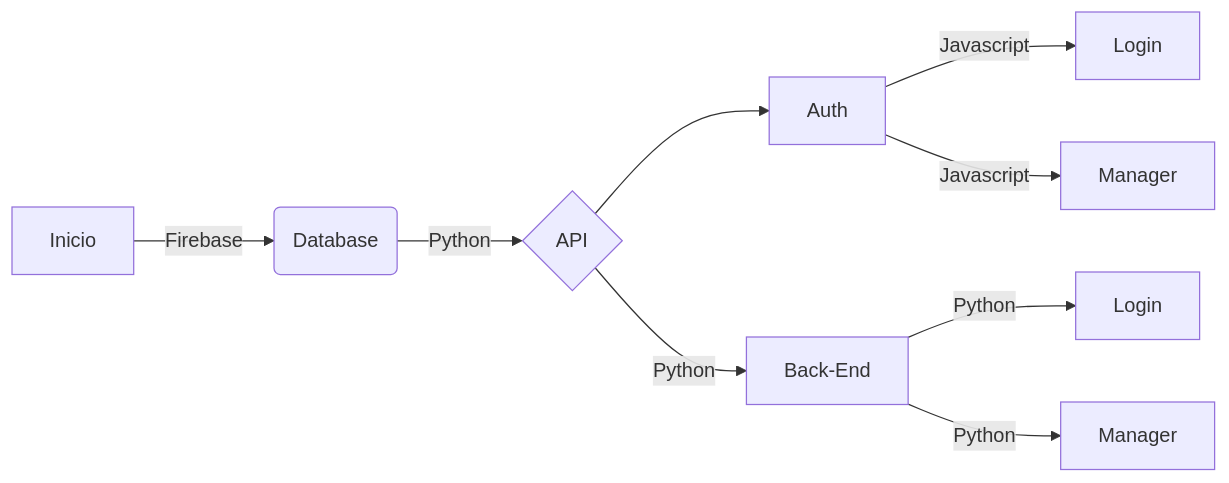
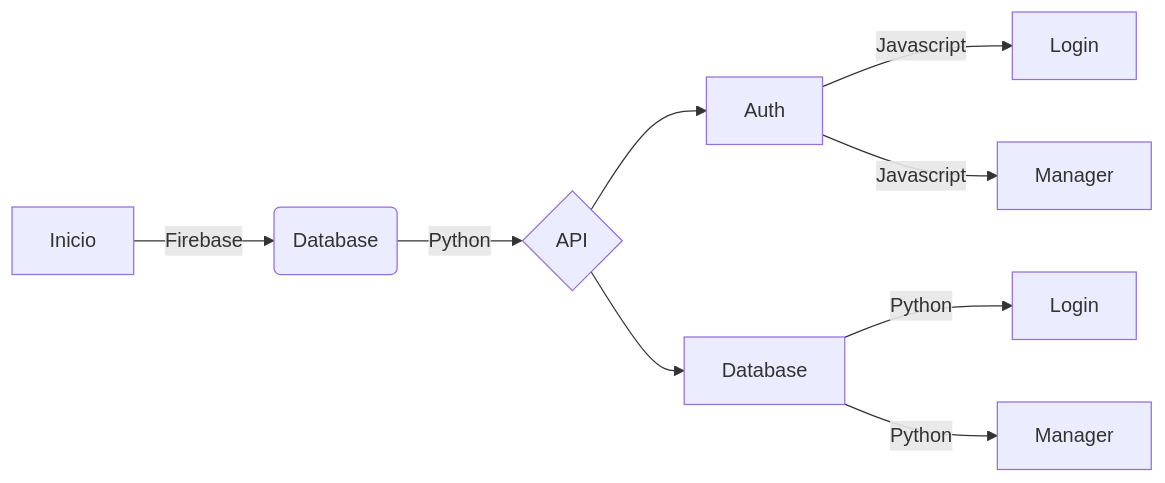
One commit to SauloCandeira/pattern-firebase changed the diagram in readme.md. Above: the diagram before and after it, drawn with Mermaid.

````diff
--- a/readme.md
+++ b/readme.md
@@ -13,11 +13,11 @@
 ```mermaid
 flowchart LR
 A[Inicio] -->|Firebase| B(Database)
 B --> |Python| C{API}
 C --> D[Auth]
-C -->|Python| E[Back-End]
+C --> E[Database]
 E --> |Python| F[Login]
 D -->|Javascript| G[Login]
 D -->|Javascript| H[Manager]
 E --> |Python| I[Manager]
 ```
````
